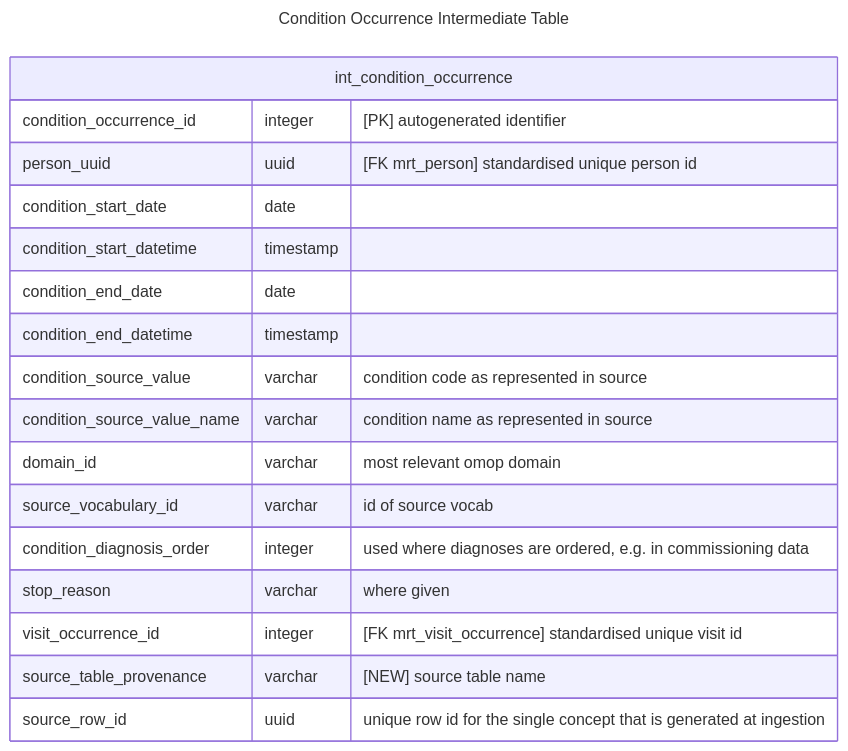
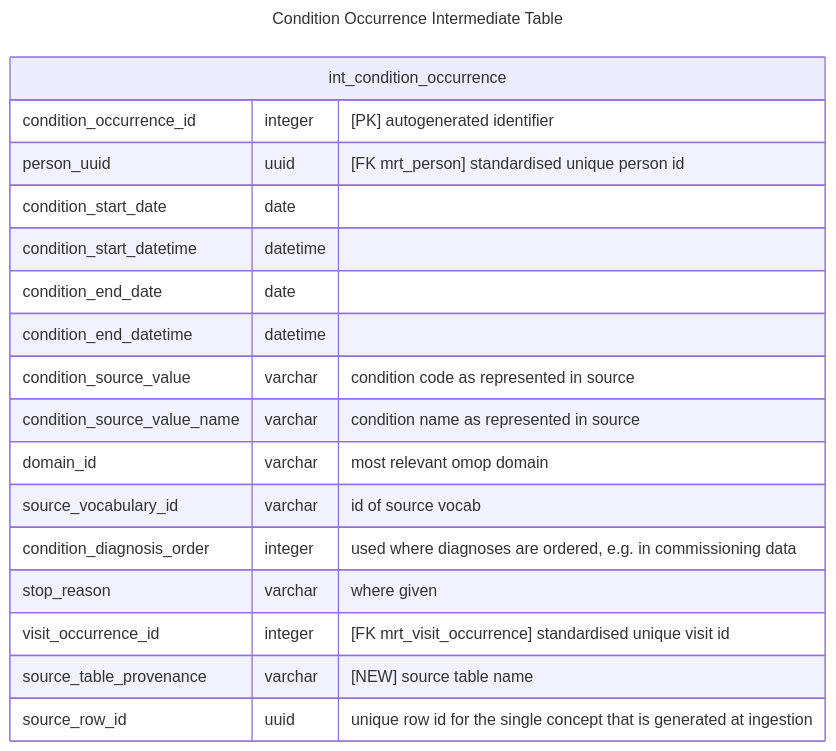
Before and after one commit to d3london/sde_aic_external_docs: the first of 3 diagrams in src/pages/data_model/cdm_condition_occurrence.qmd, drawn with Mermaid. The commit also changed other lines of this file and 4 other files, not shown here.

````diff
--- a/src/pages/data_model/cdm_condition_occurrence.qmd
+++ b/src/pages/data_model/cdm_condition_occurrence.qmd
@@ -28,23 +28,23 @@
 ```{mermaid}
 ---
 title: Condition Occurrence Intermediate Table
 ---
 erDiagram
     int_condition_occurrence {
         condition_occurrence_id integer "[PK] autogenerated identifier"
         person_uuid uuid "[FK mrt_person] standardised unique person id"
         condition_start_date date
-        condition_start_datetime timestamp
+        condition_start_datetime datetime
         condition_end_date date
-        condition_end_datetime timestamp        
+        condition_end_datetime datetime        
         condition_source_value varchar "condition code as represented in source"
         condition_source_value_name varchar "condition name as represented in source"
         domain_id varchar "most relevant omop domain"
         source_vocabulary_id varchar "id of source vocab"
         condition_diagnosis_order integer "used where diagnoses are ordered, e.g. in commissioning data"
         stop_reason varchar "where given"
         visit_occurrence_id integer "[FK mrt_visit_occurrence] standardised unique visit id"
         source_table_provenance varchar "[NEW] source table name"
         source_row_id uuid "unique row id for the single concept that is generated at ingestion"
     }
 ```
````
